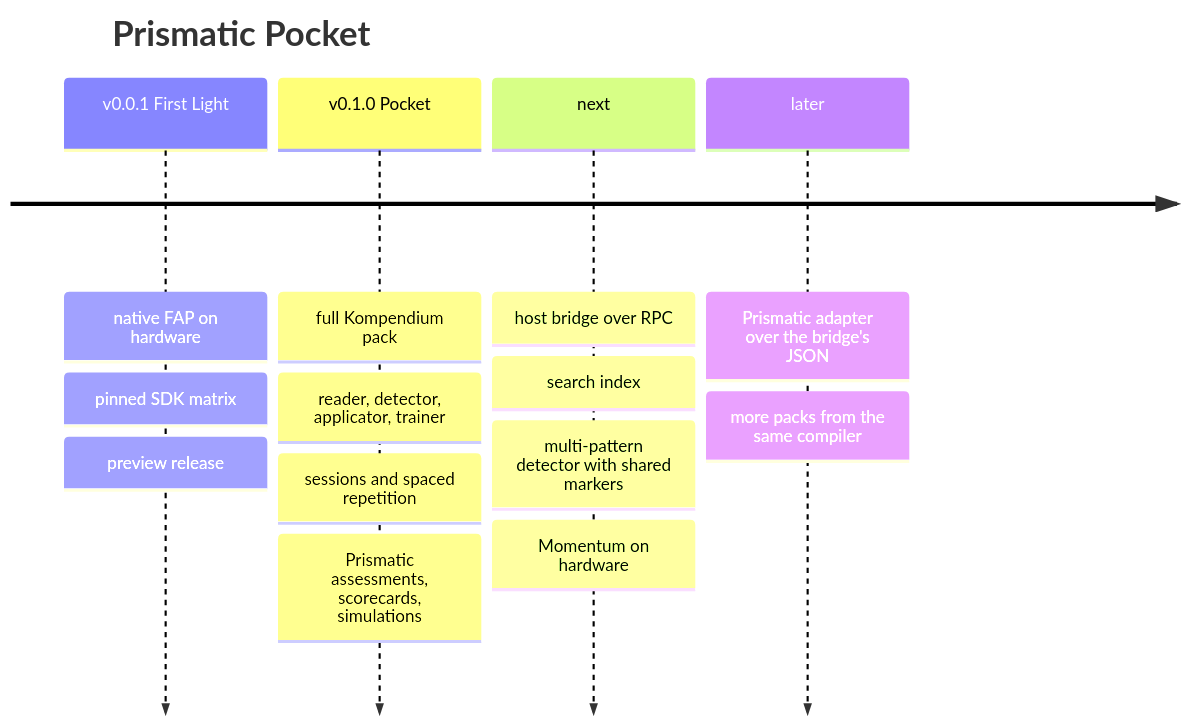
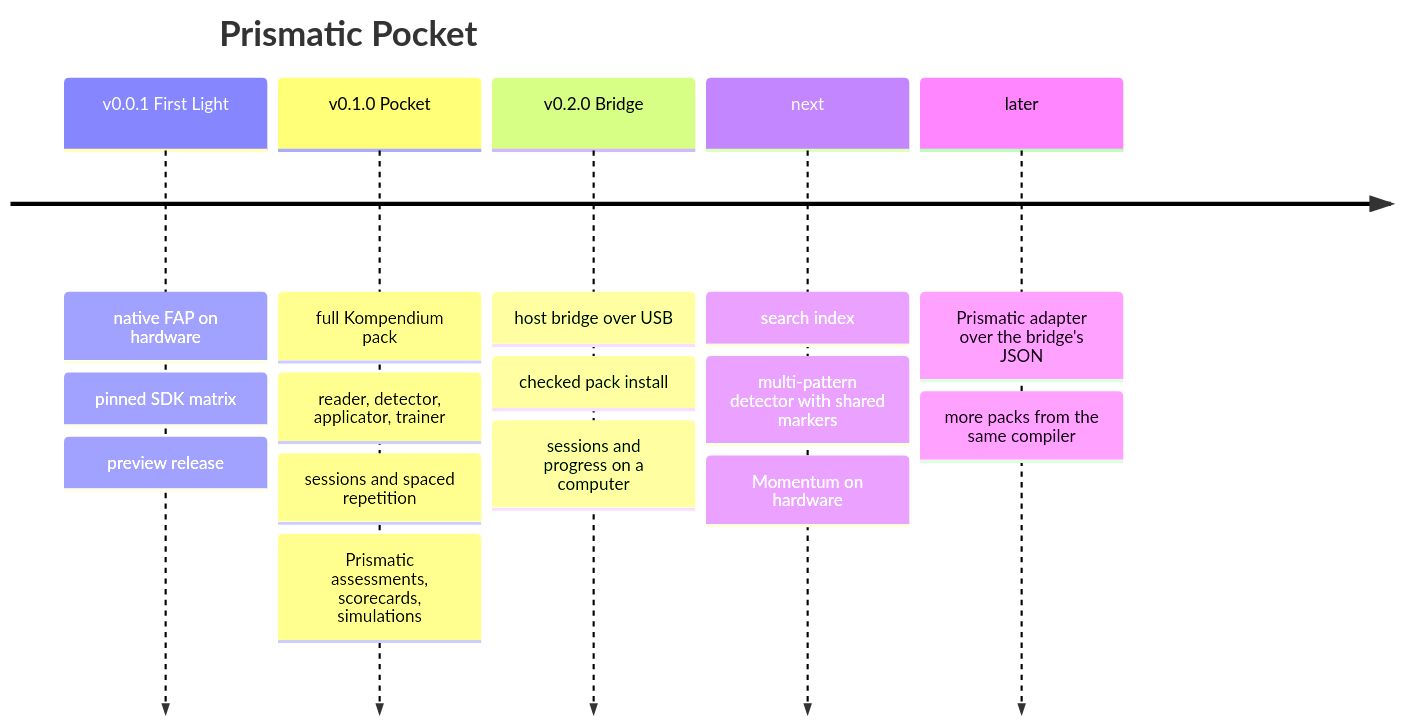
The third of 3 diagrams in README.md (korczis/prismatic-flipperzero), drawn with Mermaid before and after one commit. The commit also changed 10 other files, not shown here.

````diff
--- a/README.md
+++ b/README.md
@@ -502,8 +502,9 @@
 ```mermaid
 timeline
   title Prismatic Pocket
   v0.0.1 First Light : native FAP on hardware : pinned SDK matrix : preview release
   v0.1.0 Pocket : full Kompendium pack : reader, detector, applicator, trainer : sessions and spaced repetition : Prismatic assessments, scorecards, simulations
-  next : host bridge over RPC : search index : multi-pattern detector with shared markers : Momentum on hardware
+  v0.2.0 Bridge : host bridge over USB : checked pack install : sessions and progress on a computer
+  next : search index : multi-pattern detector with shared markers : Momentum on hardware
   later : Prismatic adapter over the bridge's JSON : more packs from the same compiler
 ```
````
